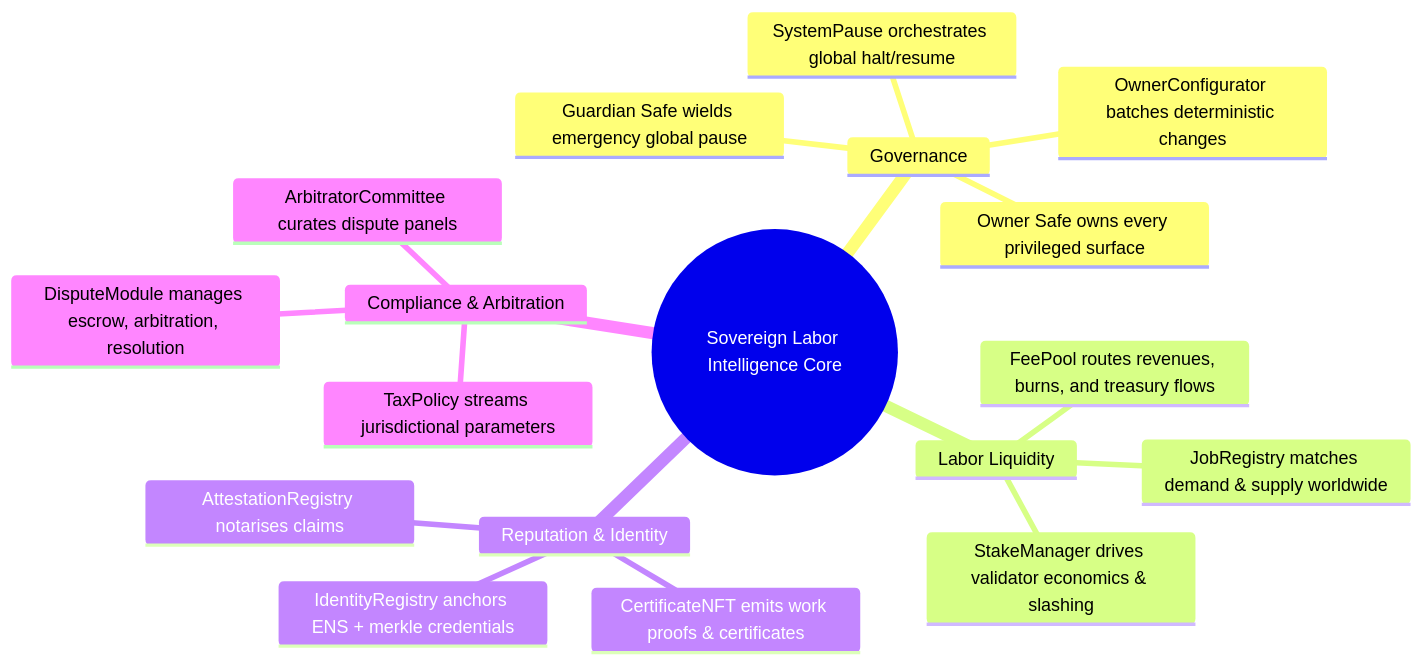
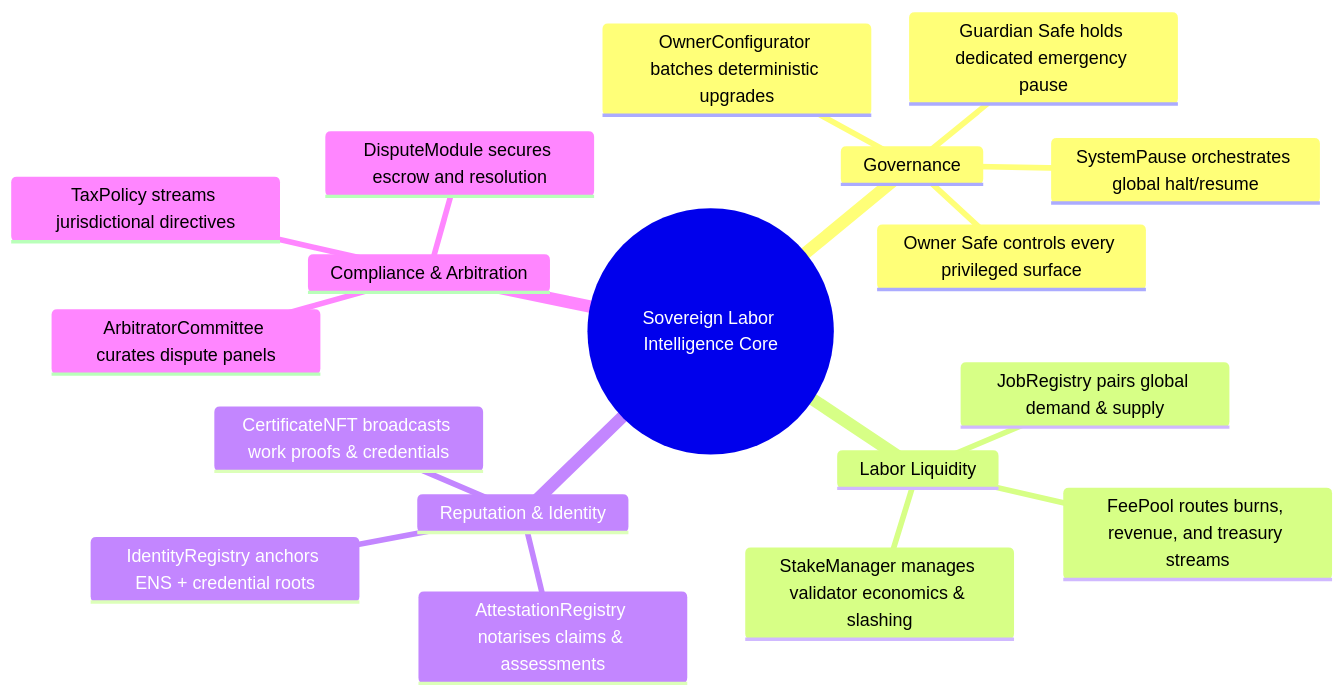
One commit to MontrealAI/agijobs-sovereign-labor-v0p1 changed the second of 5 diagrams in hardhat/README.md. Above: the diagram before and after it, drawn with Mermaid. The commit also changed other lines of this file, not shown here.

````diff
--- a/hardhat/README.md
+++ b/hardhat/README.md
@@ -59,21 +79,21 @@
 ```mermaid
 mindmap
   root((Sovereign Labor Intelligence Core))
     Governance
       SystemPause orchestrates global halt/resume
-      OwnerConfigurator batches deterministic changes
-      Owner Safe owns every privileged surface
-      Guardian Safe wields emergency global pause
+      OwnerConfigurator batches deterministic upgrades
+      Owner Safe controls every privileged surface
+      Guardian Safe holds dedicated emergency pause
     Labor Liquidity
-      JobRegistry matches demand & supply worldwide
-      StakeManager drives validator economics & slashing
-      FeePool routes revenues, burns, and treasury flows
+      JobRegistry pairs global demand & supply
+      StakeManager manages validator economics & slashing
+      FeePool routes burns, revenue, and treasury streams
     Reputation & Identity
-      IdentityRegistry anchors ENS + merkle credentials
-      AttestationRegistry notarises claims
-      CertificateNFT emits work proofs & certificates
+      IdentityRegistry anchors ENS + credential roots
+      AttestationRegistry notarises claims & assessments
+      CertificateNFT broadcasts work proofs & credentials
     Compliance & Arbitration
-      TaxPolicy streams jurisdictional parameters
-      DisputeModule manages escrow, arbitration, resolution
+      TaxPolicy streams jurisdictional directives
+      DisputeModule secures escrow and resolution
       ArbitratorCommittee curates dispute panels
 ```
````
